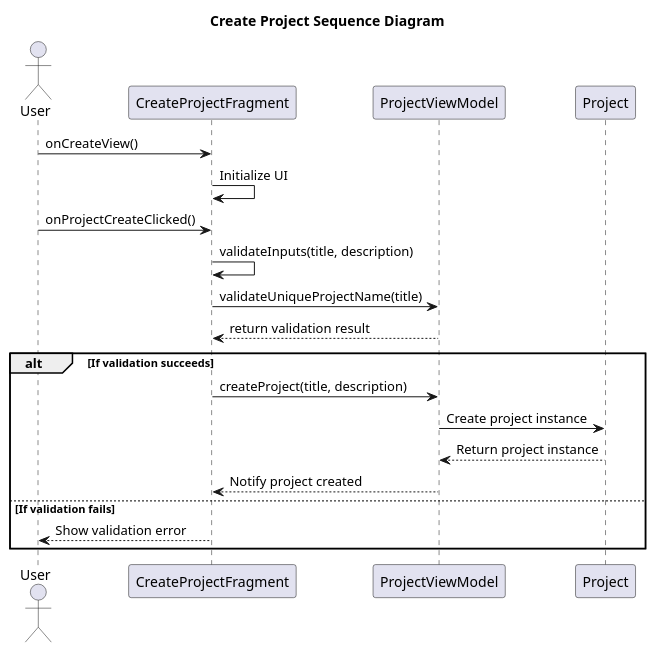
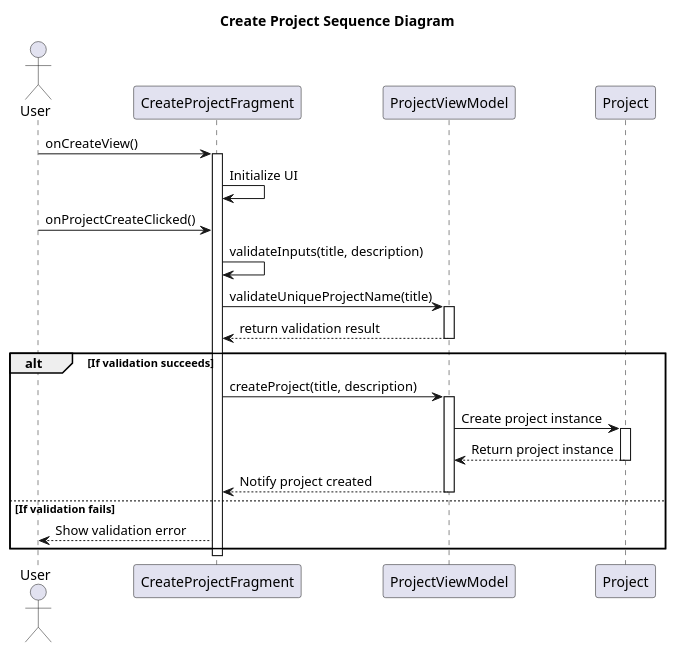
Before and after one commit to Caothuludau/InSyncDocument: the diagram in ClassDiagram/MobileDiagram/ProjectsManagement/CreateProjectSequenceDiagram.plantuml, drawn with PlantUML. The commit also changed 103 other files, not shown here.

```diff
--- a/ClassDiagram/MobileDiagram/ProjectsManagement/CreateProjectSequenceDiagram.plantuml
+++ b/ClassDiagram/MobileDiagram/ProjectsManagement/CreateProjectSequenceDiagram.plantuml
@@ -1,27 +1,37 @@
 @startuml CreateProjectSequenceDiagram
 
 title Create Project Sequence Diagram
 actor User
 
 participant "CreateProjectFragment" as Fragment
 participant "ProjectViewModel" as ViewModel
 participant "Project" as Project
 
 User -> Fragment : onCreateView()
+activate Fragment
 Fragment -> Fragment : Initialize UI
 
 User -> Fragment : onProjectCreateClicked()
 Fragment -> Fragment : validateInputs(title, description)
 Fragment -> ViewModel : validateUniqueProjectName(title)
+activate ViewModel
 ViewModel --> Fragment : return validation result
+
+deactivate ViewModel
 
 alt If validation succeeds
     Fragment -> ViewModel : createProject(title, description)
+    activate ViewModel
     ViewModel -> Project : Create project instance
+    activate Project
     Project --> ViewModel : Return project instance
+    deactivate Project
     ViewModel --> Fragment : Notify project created
+    deactivate ViewModel
 else If validation fails
     Fragment --> User : Show validation error
 end
 
+deactivate Fragment
+
 @enduml
```
